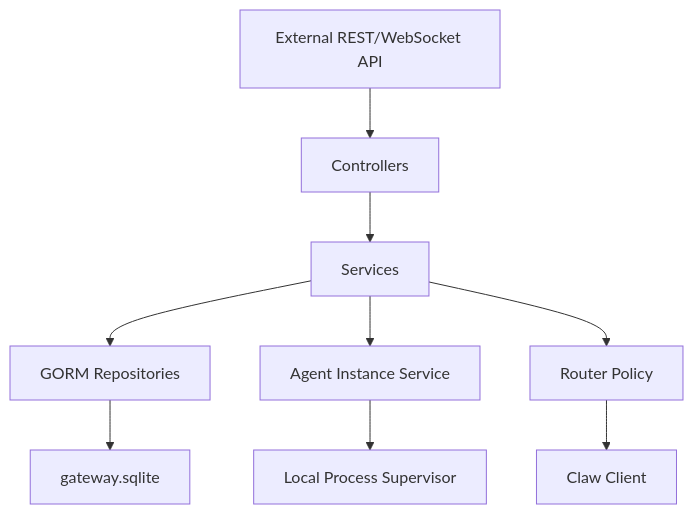
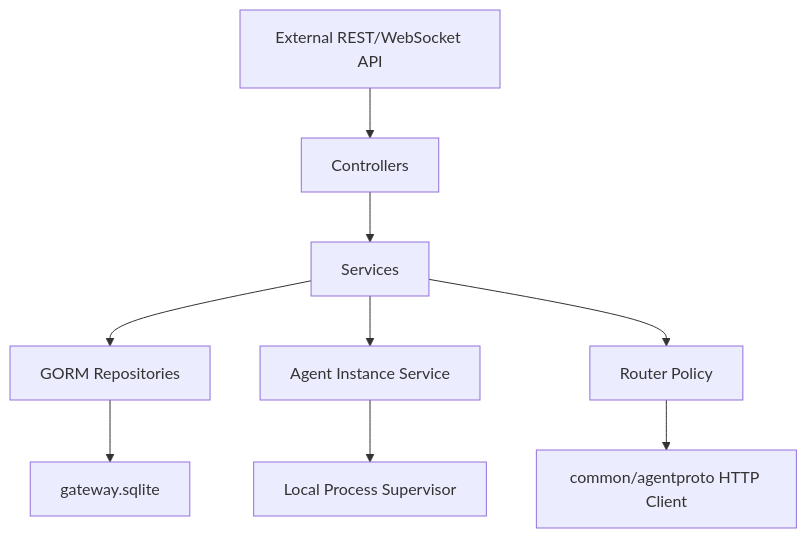
Before and after one commit to issueye/icoo_claw: the third of 5 diagrams in docs/ai-agent-platform/02-architecture.md, drawn with Mermaid. The commit also changed other lines of this file and 35 other files, not shown here.

````diff
--- a/docs/ai-agent-platform/02-architecture.md
+++ b/docs/ai-agent-platform/02-architecture.md
@@ -89,11 +100,11 @@
 ```mermaid
 flowchart TB
   API["External REST/WebSocket API"] --> Controllers["Controllers"]
   Controllers --> Services["Services"]
   Services --> Repos["GORM Repositories"]
-  Services --> InstanceSvc["Agent Instance Service"]
-  InstanceSvc --> Supervisor["Local Process Supervisor"]
-  Services --> RouterPolicy["Router Policy"]
-  RouterPolicy --> ClawClient["Claw Client"]
+ Services --> InstanceSvc["Agent Instance Service"]
+ InstanceSvc --> Supervisor["Local Process Supervisor"]
+ Services --> RouterPolicy["Router Policy"]
+  RouterPolicy --> AgentHTTPClient["common/agentproto HTTP Client"]
   Repos --> SQLite["gateway.sqlite"]
 ```
````
